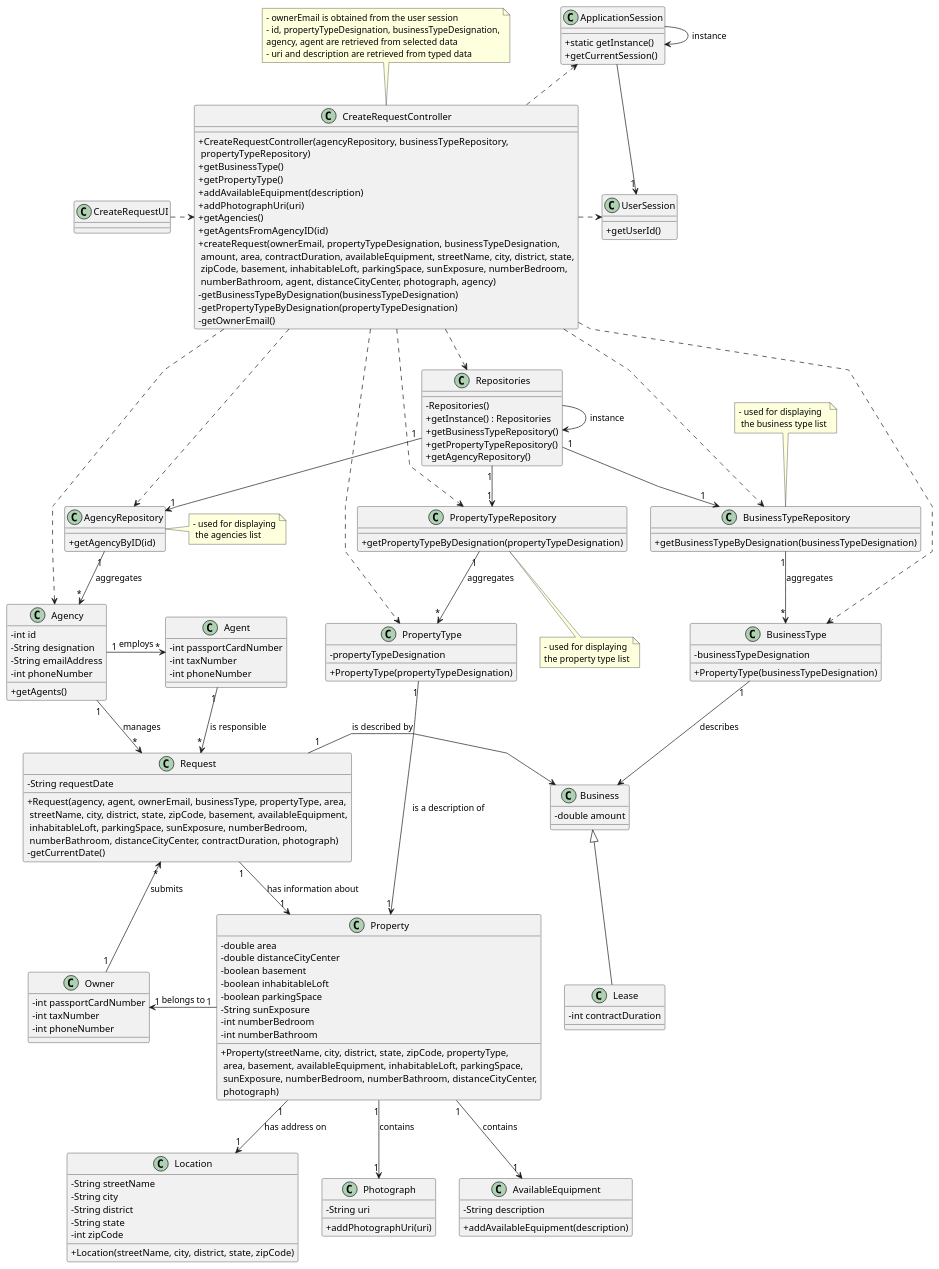
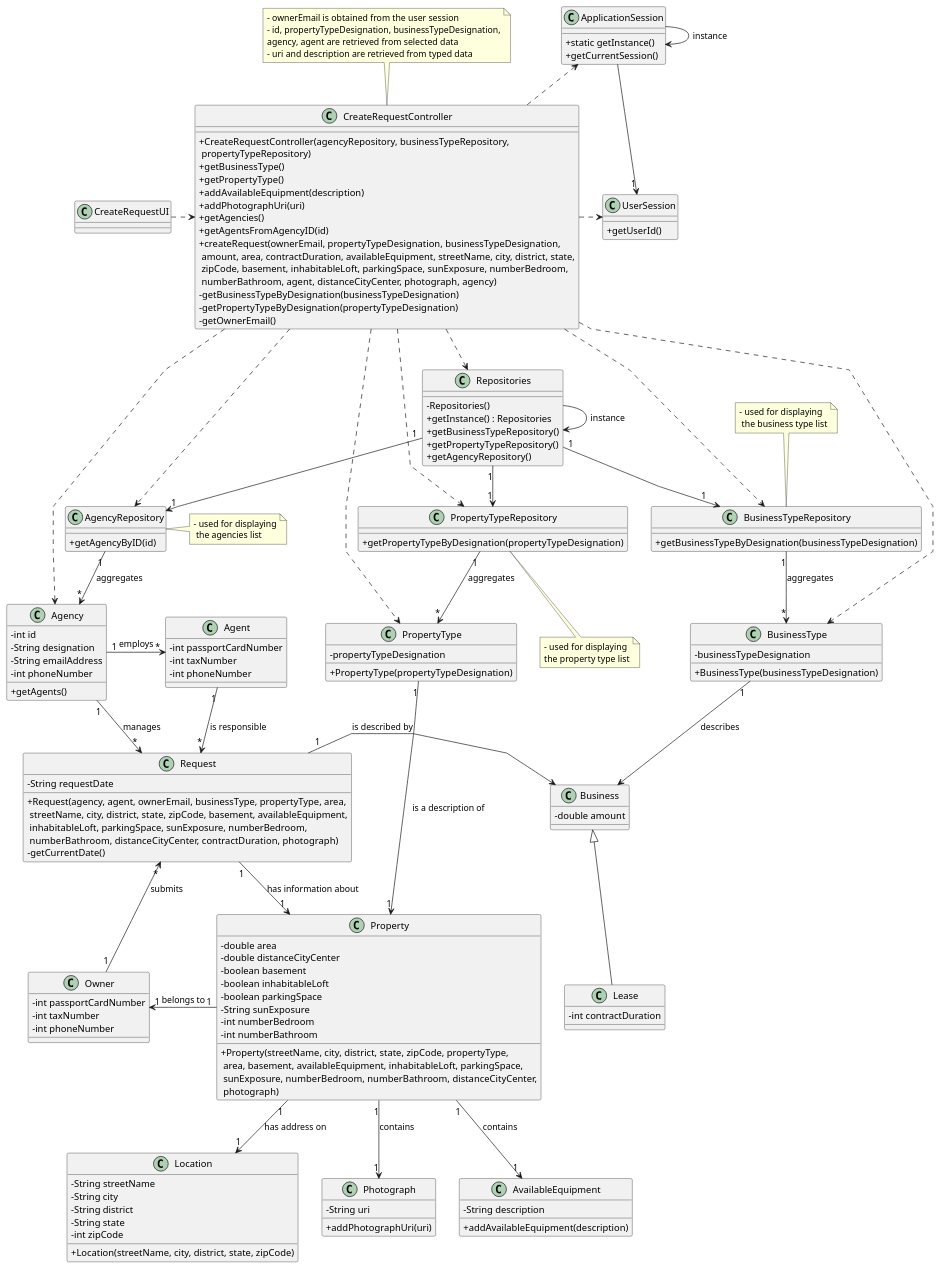
Before and after one commit to rita-barbosa/LAPR2-2223: the diagram in docs/sprintB/us004/03.design/puml/us004-class-diagram.puml, drawn with PlantUML. The commit also changed 1 other file, not shown here.

```diff
--- a/docs/sprintB/us004/03.design/puml/us004-class-diagram.puml
+++ b/docs/sprintB/us004/03.design/puml/us004-class-diagram.puml
@@ -64,7 +64,7 @@
 
 class BusinessType {
     - businessTypeDesignation
-    + PropertyType(businessTypeDesignation)
+    + BusinessType(businessTypeDesignation)
 }
 
 class AgencyRepository {
```
